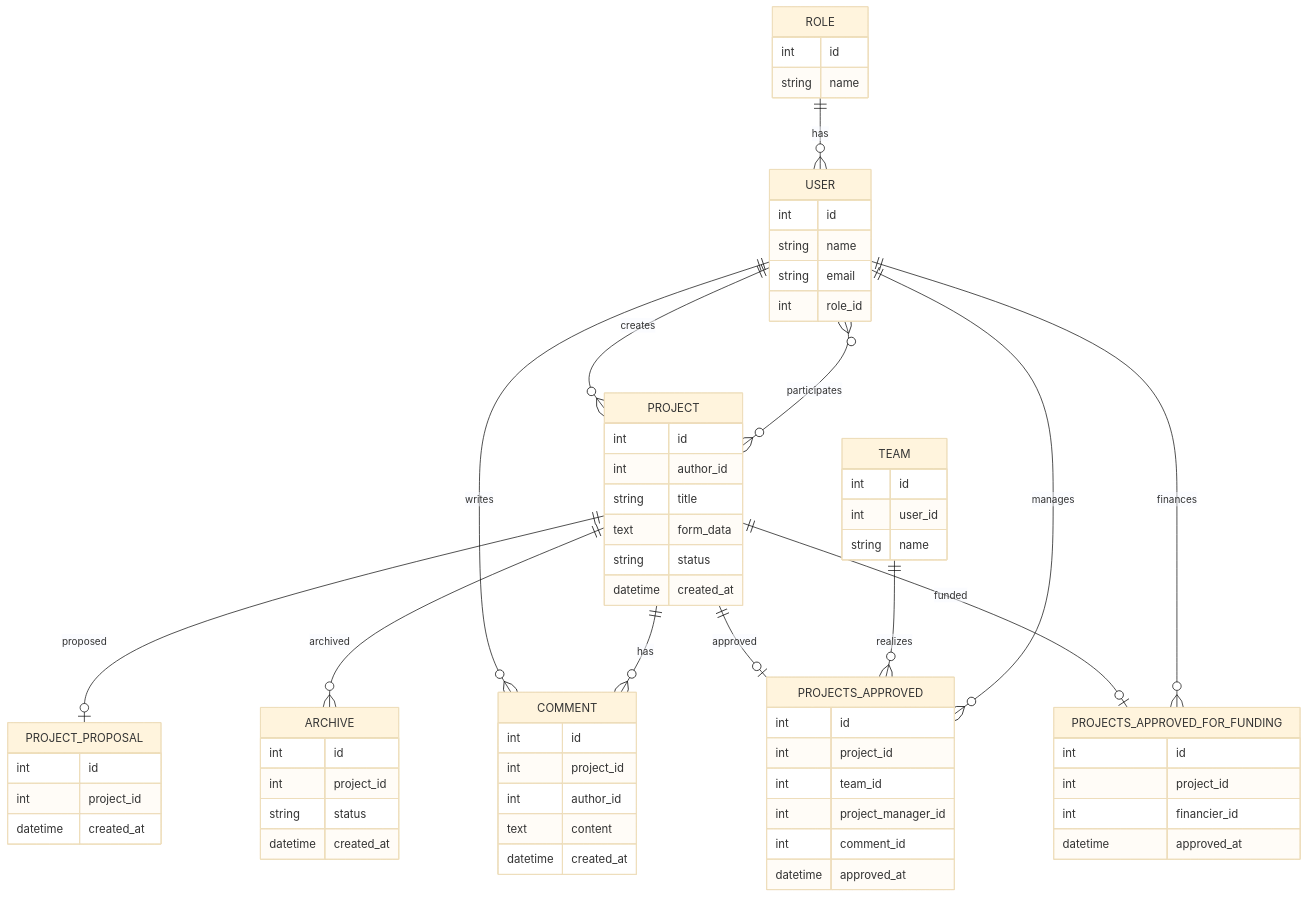
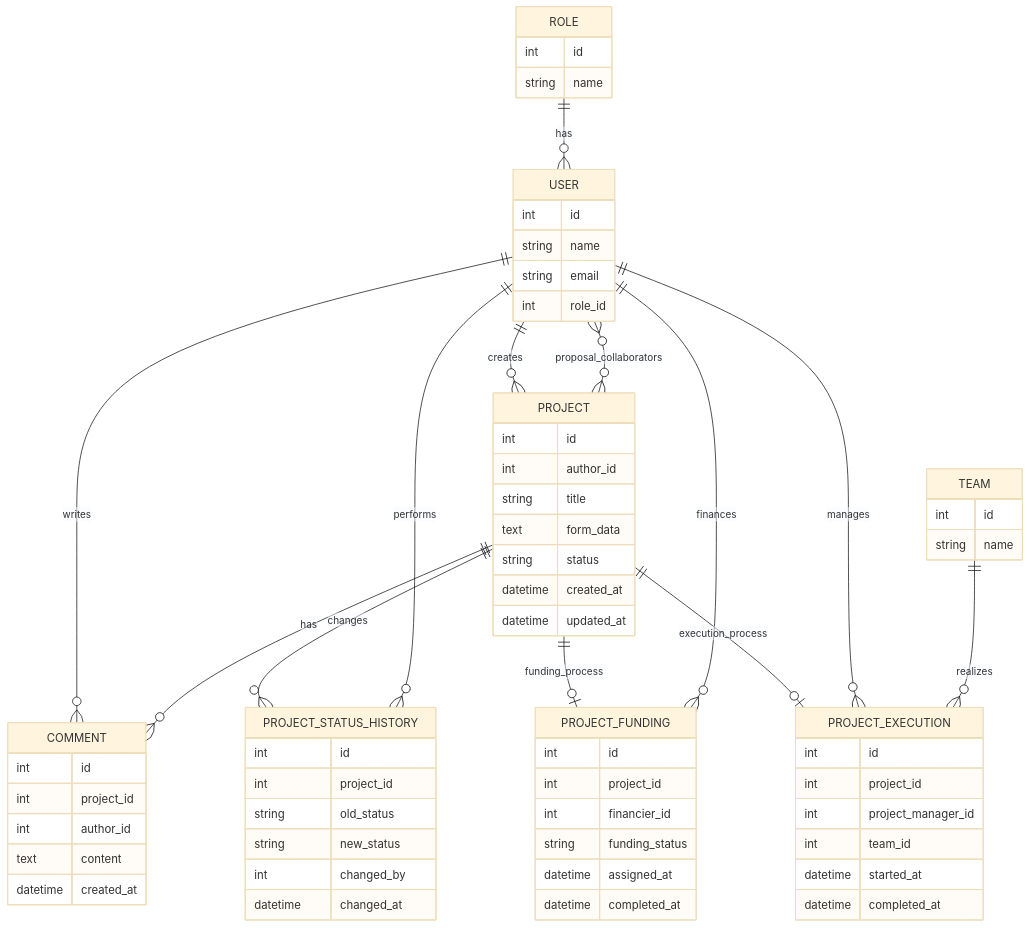
One commit to jobtrek/laravel-group-project changed the diagram in docs/mcd.mermaid. Above: the diagram before and after it, drawn with Mermaid (base theme).

Commit message:
docs: update mcd

```diff
--- a/docs/mcd.mermaid
+++ b/docs/mcd.mermaid
@@ -1,87 +1,89 @@
 erDiagram
 
-ROLE {
-    int id
-    string name
-}
+    ROLE {
+        int id
+        string name
+    }
 
-USER {
-    int id
-    string name
-    string email
-    int role_id
-}
+    USER {
+        int id
+        string name
+        string email
+        int role_id
+    }
 
-TEAM {
-    int id
-    int user_id
-    string name
-}
+    TEAM {
+        int id
+        string name
+    }
 
-PROJECT {
-    int id
-    int author_id
-    string title
-    text form_data
-    string status
-    datetime created_at
-}
+    PROJECT {
+        int id
+        int author_id
+        string title
+        text form_data
+        string status
+        datetime created_at
+        datetime updated_at
+    }
 
-PROJECT_PROPOSAL {
-    int id
-    int project_id
-    datetime created_at
-}
+    PROJECT_STATUS_HISTORY {
+        int id
+        int project_id
+        string old_status
+        string new_status
+        int changed_by
+        datetime changed_at
+    }
 
-ARCHIVE {
-    int id
-    int project_id
-    string status
-    datetime created_at
-}
+    PROJECT_FUNDING {
+        int id
+        int project_id
+        int financier_id
+        string funding_status
+        datetime assigned_at
+        datetime completed_at
+    }
 
-COMMENT {
-    int id
-    int project_id
-    int author_id
-    text content
-    datetime created_at
-}
+    PROJECT_EXECUTION {
+        int id
+        int project_id
+        int project_manager_id
+        int team_id
+        datetime started_at
+        datetime completed_at
+    }
 
-PROJECTS_APPROVED_FOR_FUNDING {
-    int id
-    int project_id
-    int financier_id
-    datetime approved_at
-}
+    COMMENT {
+        int id
+        int project_id
+        int author_id
+        text content
+        datetime created_at
+    }
 
-PROJECTS_APPROVED {
-    int id
-    int project_id
-    int team_id
-    int project_manager_id
-    int comment_id
-    datetime approved_at
-}
+    %% ROLES
+    ROLE ||--o{ USER : has
 
-%% ROLE relations
-ROLE ||--o{ USER : has
+    %% PROJECT AUTHOR
+    USER ||--o{ PROJECT : creates
 
-%% USER relations
-USER ||--o{ PROJECT : creates
-USER ||--o{ COMMENT : writes
+    %% COMMENTS
+    USER ||--o{ COMMENT : writes
+    PROJECT ||--o{ COMMENT : has
 
-%% COLLABORATION
-USER }o--o{ PROJECT : participates
+    %% COLLABORATORS
+    USER }o--o{ PROJECT : proposal_collaborators
 
-%% PROJECT relations
-PROJECT ||--o| PROJECT_PROPOSAL : proposed
-PROJECT ||--o{ ARCHIVE : archived
-PROJECT ||--o{ COMMENT : has
-PROJECT ||--o| PROJECTS_APPROVED : approved
-PROJECT ||--o| PROJECTS_APPROVED_FOR_FUNDING : funded
+    %% STATUS HISTORY
+    PROJECT ||--o{ PROJECT_STATUS_HISTORY : changes
+    USER ||--o{ PROJECT_STATUS_HISTORY : performs
 
-%% TEAM / APPROVAL
-TEAM ||--o{ PROJECTS_APPROVED : realizes
-USER ||--o{ PROJECTS_APPROVED : manages
-USER ||--o{ PROJECTS_APPROVED_FOR_FUNDING : finances
+    %% FUNDING
+    PROJECT ||--o| PROJECT_FUNDING : funding_process
+    USER ||--o{ PROJECT_FUNDING : finances
+
+    %% EXECUTION
+    PROJECT ||--o| PROJECT_EXECUTION : execution_process
+    USER ||--o{ PROJECT_EXECUTION : manages
+    TEAM ||--o{ PROJECT_EXECUTION : realizes
```
